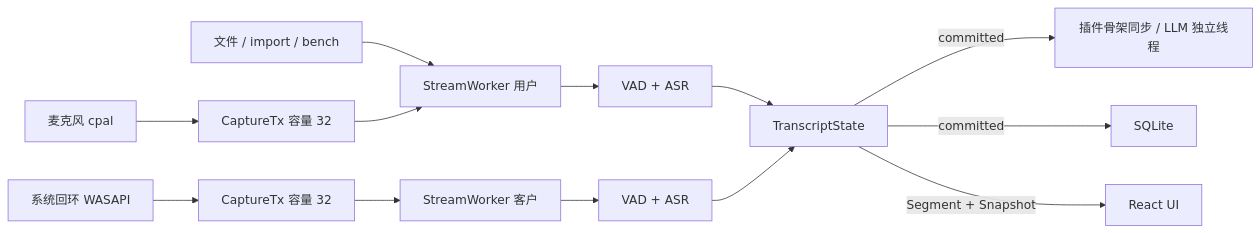
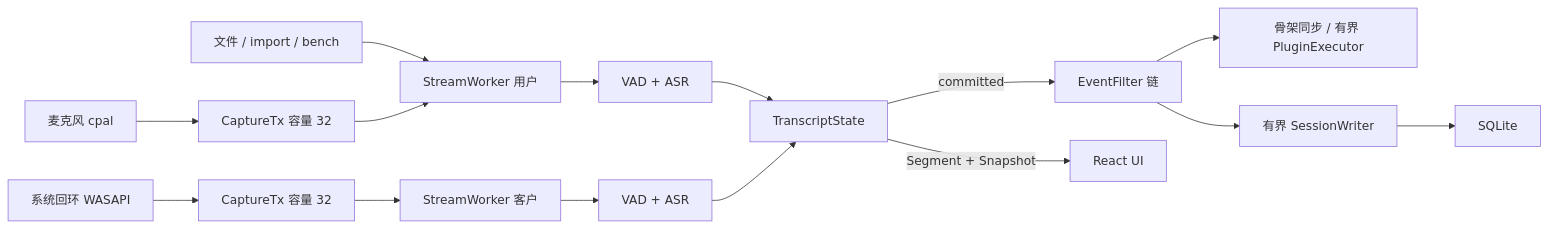
Before and after one commit to xingshizhai/talk-sage: the second of 2 diagrams in docs/architecture-v2.md, drawn with Mermaid. The commit also changed other lines of this file and 4 other files, not shown here.

Commit message:
docs: sync documentation with current architecture

````diff
--- a/docs/architecture-v2.md
+++ b/docs/architecture-v2.md
@@ -173,18 +173,20 @@
 ```mermaid
 flowchart LR
     accTitle: TalkSage realtime dual-stream pipeline
     accDescr: Mic and loopback each go through a bounded capture queue into an independent StreamWorker; committed text feeds plugins and SQLite.
 
     mic[麦克风 cpal] --> q1[CaptureTx 容量 32]
     loop[系统回环 WASAPI] --> q2[CaptureTx 容量 32]
     file[文件 / import / bench] --> swUser
     q1 --> swUser[StreamWorker 用户]
     q2 --> swClient[StreamWorker 客户]
     swUser --> vad1[VAD + ASR]
     swClient --> vad2[VAD + ASR]
     vad1 --> ts[TranscriptState]
     vad2 --> ts
-    ts -->|committed| plugins[插件骨架同步 / LLM 独立线程]
-    ts -->|committed| sqlite[SQLite]
+    ts -->|committed| filters[EventFilter 链]
+    filters --> plugins[骨架同步 / 有界 PluginExecutor]
+    filters --> writer[有界 SessionWriter]
+    writer --> sqlite[SQLite]
     ts -->|Segment + Snapshot| ui[React UI]
 ```
````
